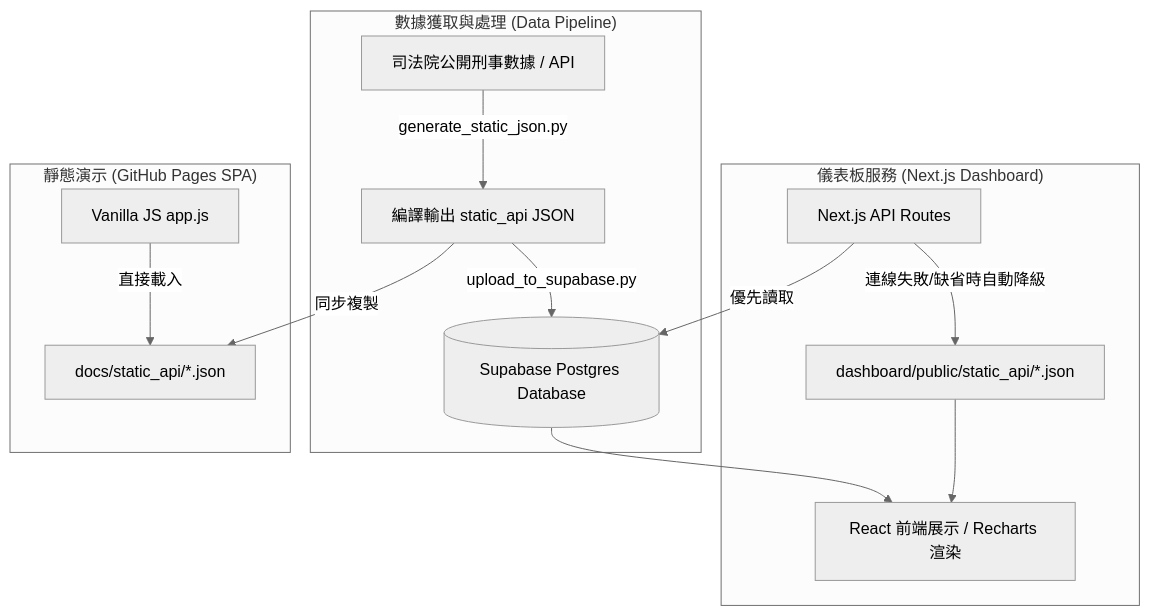
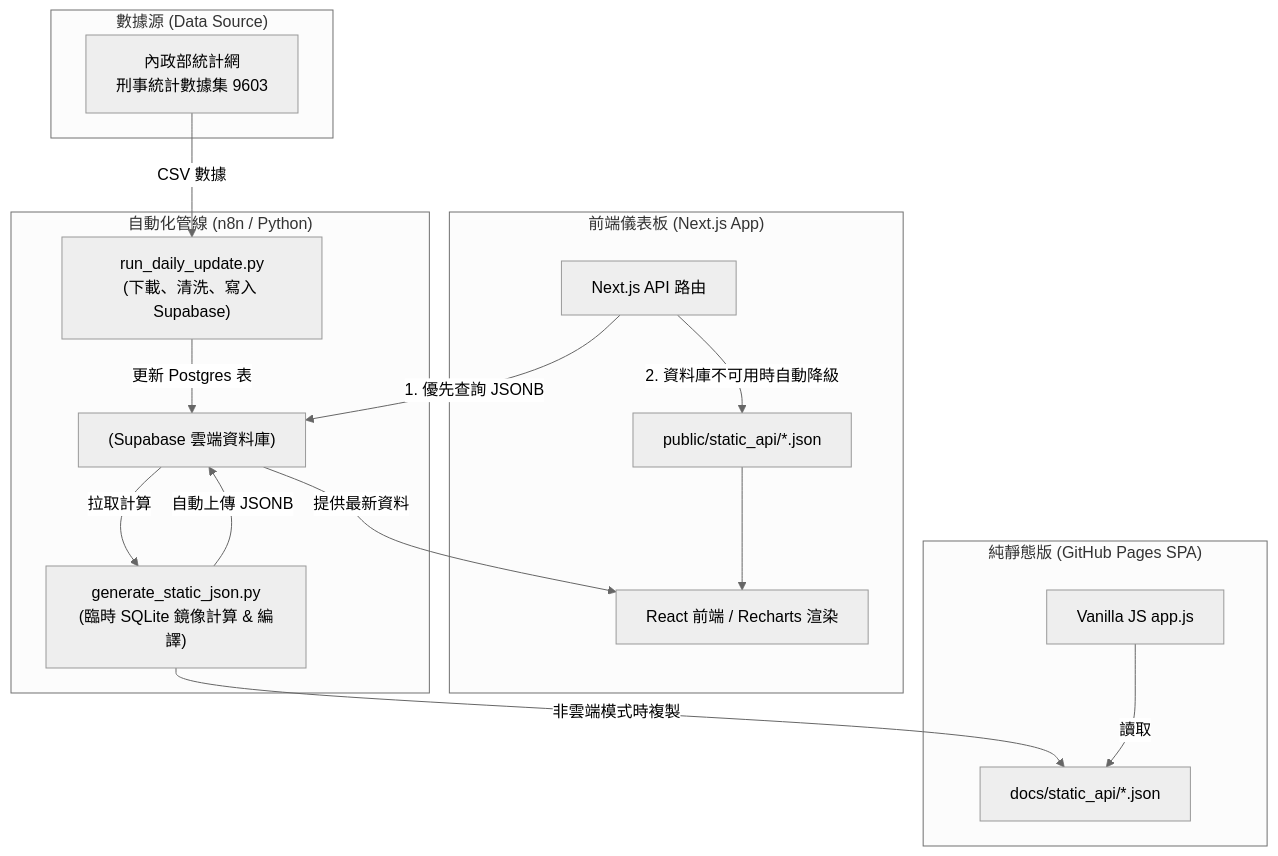
Before and after one commit to dec591nyc/PSJJV: the diagram in README.md, drawn with Mermaid (neutral theme). The commit also changed other lines of this file, not shown here.

````diff
--- a/README.md
+++ b/README.md
@@ -27,19 +33,27 @@
 ```mermaid
 flowchart TD
-    subgraph "數據獲取與處理 (Data Pipeline)"
-        A[司法院公開刑事數據 / API] -->|generate_static_json.py| B[編譯輸出 static_api JSON]
-        B -->|upload_to_supabase.py| C[(Supabase Postgres Database)]
+    subgraph "數據源 (Data Source)"
+        A[內政部統計網\n刑事統計數據集 9603]
     end
 
-    subgraph "儀表板服務 (Next.js Dashboard)"
-        D[Next.js API Routes] -->|優先讀取| C
-        D -->|連線失敗/缺省時自動降級| E[dashboard/public/static_api/*.json]
-        E --> F[React 前端展示 / Recharts 渲染]
-        C --> F
+    subgraph "自動化管線 (n8n / Python)"
+        B["run_daily_update.py\n(下載、清洗、寫入 Supabase)"]
+        C["generate_static_json.py\n(臨時 SQLite 鏡像計算 & 編譯)"]
+        A -->|CSV 數據| B
+        B -->|更新 Postgres 表| D["(Supabase 雲端資料庫)"]
+        D -->|拉取計算| C
+        C -->|自動上傳 JSONB| D
     end
 
-    subgraph "靜態演示 (GitHub Pages SPA)"
-        B -->|同步複製| G[docs/static_api/*.json]
-        H[Vanilla JS app.js] -->|直接載入| G
+    subgraph "前端儀表板 (Next.js App)"
+        F[Next.js API 路由] -->|1. 優先查詢 JSONB| D
+        F -->|2. 資料庫不可用時自動降級| G[public/static_api/*.json]
+        G --> H[React 前端 / Recharts 渲染]
+        D -->|提供最新資料| H
+    end
+
+    subgraph "純靜態版 (GitHub Pages SPA)"
+        C -->|非雲端模式時複製| I[docs/static_api/*.json]
+        J[Vanilla JS app.js] -->|讀取| I
     end
 ```
````
